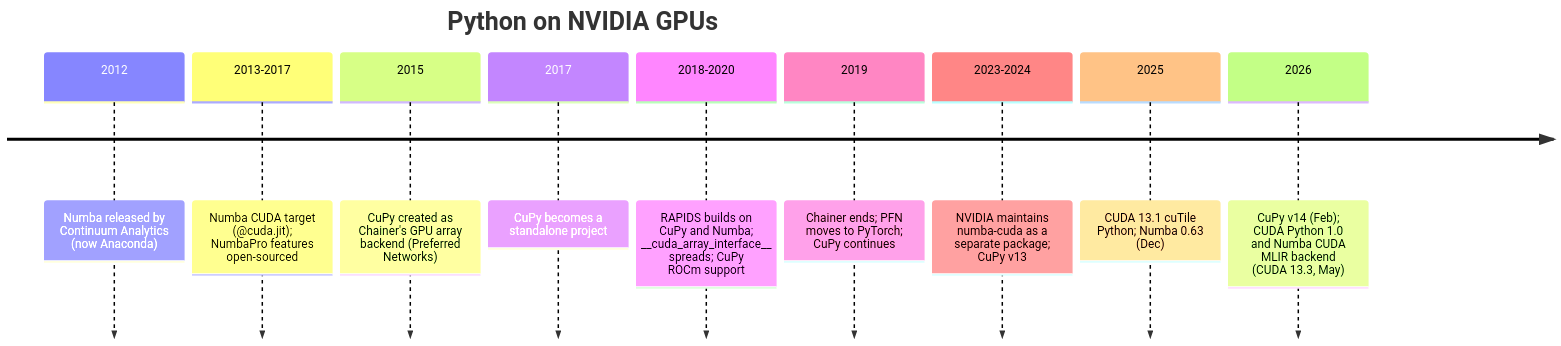
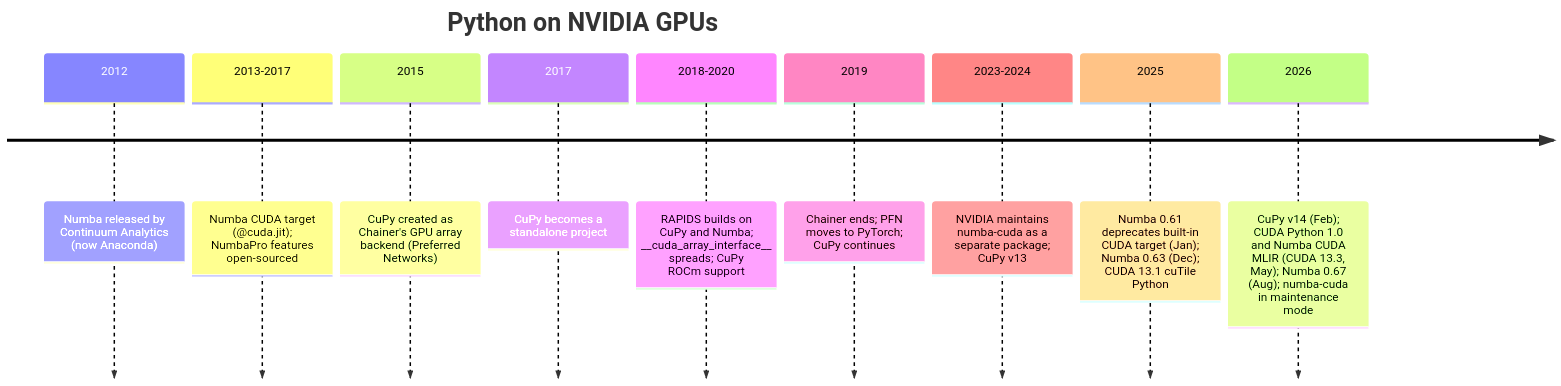
Before and after one commit to ImRuliad/Library-of-Alexandria: the diagram in GPU Programming/Compilers & Languages/Numba and CuPy/Numba and CuPy.md, drawn with Mermaid. The commit also changed other lines of this file, not shown here.

Commit message:
Numba and CuPy: fact-check pass (status: complete)

````diff
--- a/GPU Programming/Compilers & Languages/Numba and CuPy/Numba and CuPy.md
+++ b/GPU Programming/Compilers & Languages/Numba and CuPy/Numba and CuPy.md
@@ -103,13 +105,13 @@
 ```mermaid
 timeline
     title Python on NVIDIA GPUs
     2012 : Numba released by Continuum Analytics (now Anaconda)
     2013-2017 : Numba CUDA target (@cuda.jit); NumbaPro features open-sourced
     2015 : CuPy created as Chainer's GPU array backend (Preferred Networks)
     2017 : CuPy becomes a standalone project
     2018-2020 : RAPIDS builds on CuPy and Numba; __cuda_array_interface__ spreads; CuPy ROCm support
     2019 : Chainer ends; PFN moves to PyTorch; CuPy continues
     2023-2024 : NVIDIA maintains numba-cuda as a separate package; CuPy v13
-    2025 : CUDA 13.1 cuTile Python; Numba 0.63 (Dec)
-    2026 : CuPy v14 (Feb); CUDA Python 1.0 and Numba CUDA MLIR backend (CUDA 13.3, May)
+    2025 : Numba 0.61 deprecates built-in CUDA target (Jan); Numba 0.63 (Dec); CUDA 13.1 cuTile Python
+    2026 : CuPy v14 (Feb); CUDA Python 1.0 and Numba CUDA MLIR (CUDA 13.3, May); Numba 0.67 (Aug); numba-cuda in maintenance mode
 ```
````
